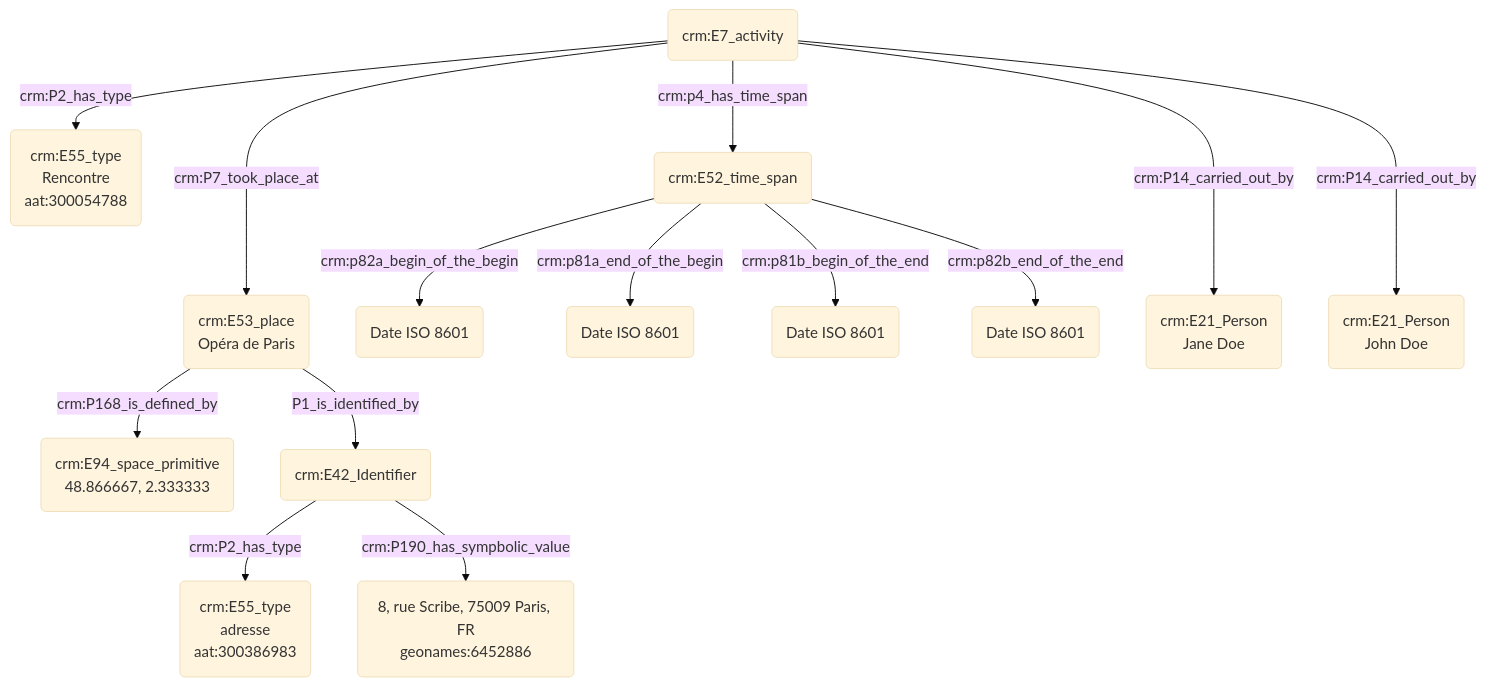
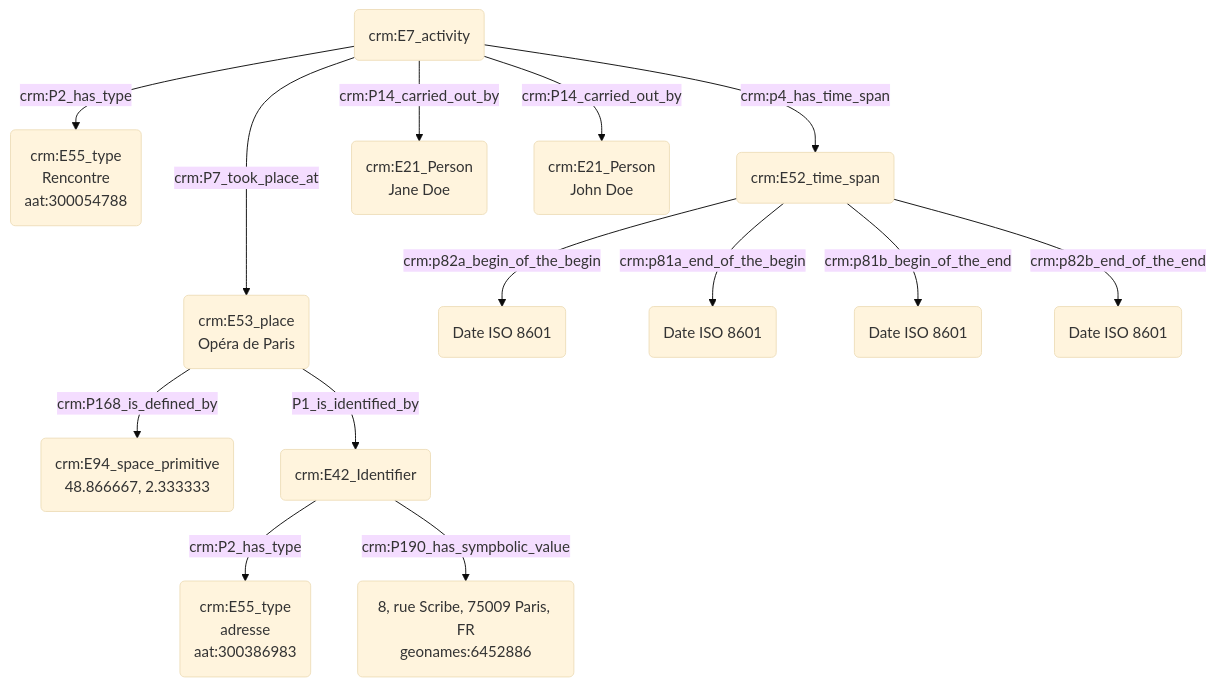
Before and after one commit to Amleth/consortium-musica2-gt2-ontologies: the diagram in modules/livrables/Dossier 2/Prosopographie/rencontre de quelqu'un dans un lieu fréquenté par les deux personnes.md, drawn with Mermaid (base theme).

Commit message:
Update rencontre de quelqu'un dans un lieu fréquenté par les deux personnes.md

````diff
--- a/modules/livrables/Dossier 2/Prosopographie/rencontre de quelqu'un dans un lieu fréquenté par les deux personnes.md
+++ b/modules/livrables/Dossier 2/Prosopographie/rencontre de quelqu'un dans un lieu fréquenté par les deux personnes.md
@@ -11,21 +11,21 @@
 ```mermaid
 graph TD;
 
 K(crm:E7_activity<br>rencontre) --->|crm:P7_took_place_at| M(crm:E53_place<br>Opéra de Paris)
 M(crm:E53_place<br>Opéra de Paris) --> |crm:P168_is_defined_by| N(crm:E94_space_primitive
 48.866667, 2.333333)
 M(crm:E53_place<br>Opéra de Paris) --> |P1_is_identified_by| O(crm:E42_Identifier)
 O(crm:E42_Identifier) --> |crm:P2_has_type| P(crm:E55_type<br>adresse<br>aat:300386983)
 O(crm:E42_Identifier) --> |crm:P190_has_sympbolic_value| Q(8, rue Scribe, 75009 Paris, FR<br>geonames:6452886)
 K(crm:E7_activity<br>recontre) --> |crm:P2_has_type| L(crm:E55_type<br>Rencontre<br>aat:300054788)
  
 K(crm:E7_activity) --> |crm:p4_has_time_span| D(crm:E52_time_span)
 D(crm:E52_time_span) --> |crm:p82a_begin_of_the_begin| E("Date ISO 8601")
 D(crm:E52_time_span) --> |crm:p81a_end_of_the_begin| F("Date ISO 8601")
 D(crm:E52_time_span) --> |crm:p81b_begin_of_the_end|G("Date ISO 8601")
 D(crm:E52_time_span) --> |crm:p82b_end_of_the_end| H("Date ISO 8601")
 
-K(crm:E7_activity) --->|crm:P14_carried_out_by| A(crm:E21_Person<br>Jane Doe)
-K(crm:E7_activity) --->|crm:P14_carried_out_by| J(crm:E21_Person<br>John Doe)
+K(crm:E7_activity) -->|crm:P14_carried_out_by| A(crm:E21_Person<br>Jane Doe)
+K(crm:E7_activity) -->|crm:P14_carried_out_by| J(crm:E21_Person<br>John Doe)
 
 ```
````
